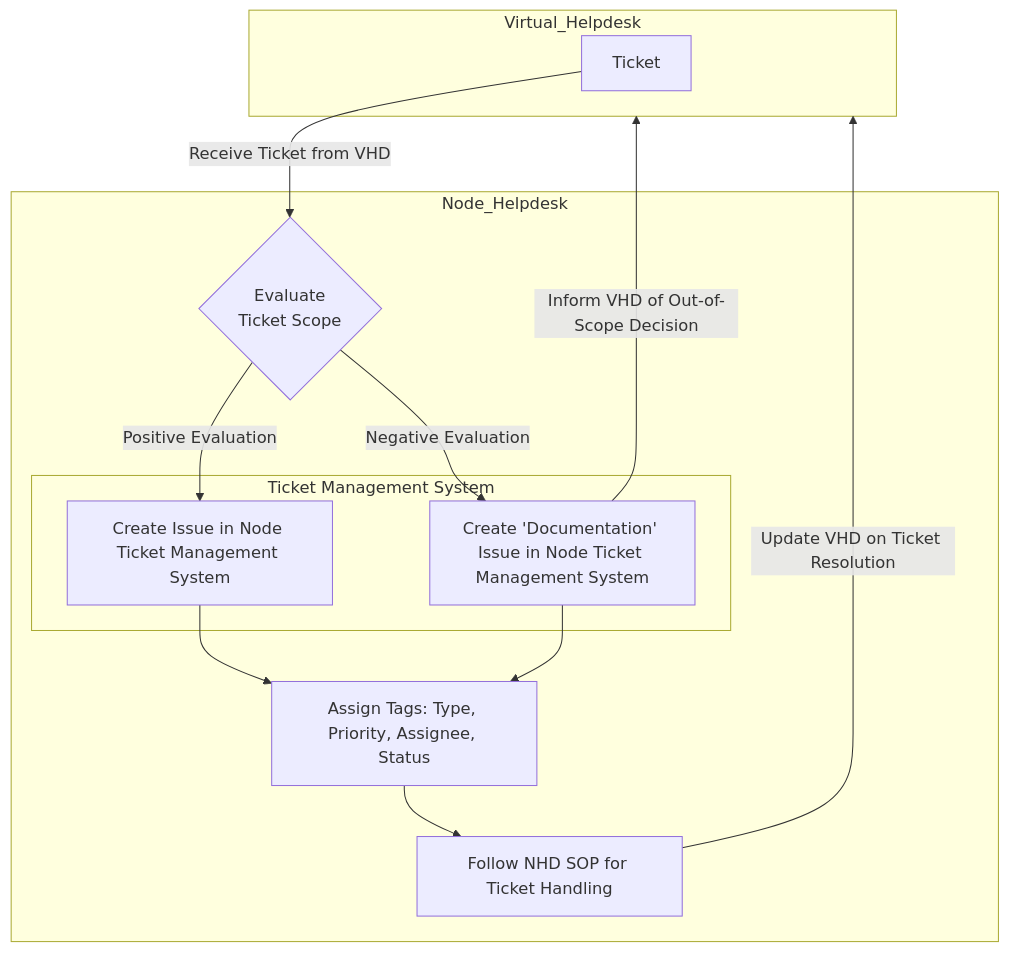
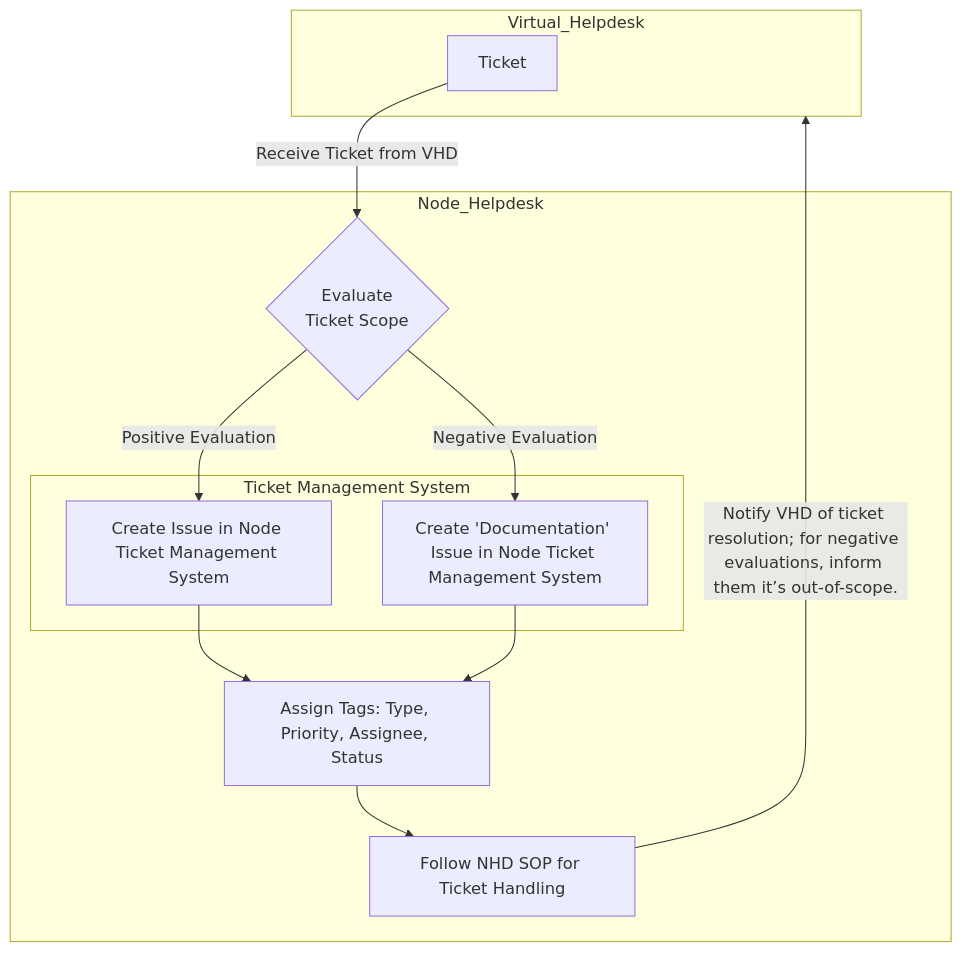
One commit to M-casado/standard-operating-procedures changed the diagram in sops/node-specific/GDI-SOP0008_node-helpdesk-ticket-classification.md. Above: the diagram before and after it, drawn with Mermaid.

Commit message:
update the diagram

`````diff
--- a/sops/node-specific/GDI-SOP0008_node-helpdesk-ticket-classification.md
+++ b/sops/node-specific/GDI-SOP0008_node-helpdesk-ticket-classification.md
@@ -107,21 +107,21 @@
 ````mermaid
 flowchart TD
     subgraph Virtual_Helpdesk
         A[Ticket]
     end
     subgraph Node_Helpdesk
         A -->|Receive Ticket from VHD| B{Evaluate
                                         Ticket Scope}
         subgraph Ticket Management System
             C[Create Issue in Node Ticket Management System]
             F[Create 'Documentation' Issue in Node Ticket Management System]
         end                                        
         B -->|Positive Evaluation| C
         C --> D[Assign Tags: Type, Priority, Assignee, Status]
         D --> E[Follow NHD SOP for Ticket Handling]
         B -->|Negative Evaluation| F
         F --> D
     end
-    E -->|Update VHD on Ticket Resolution| Virtual_Helpdesk
-    F -->|Inform VHD of Out-of-Scope Decision| Virtual_Helpdesk
+    E -->|Notify VHD of ticket resolution; for negative evaluations, inform them it’s out-of-scope.| Virtual_Helpdesk
+   
 ````
`````
